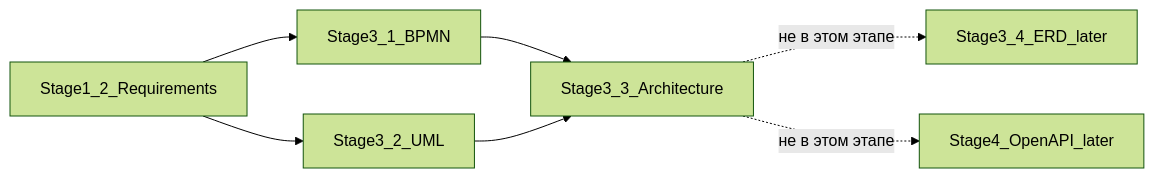
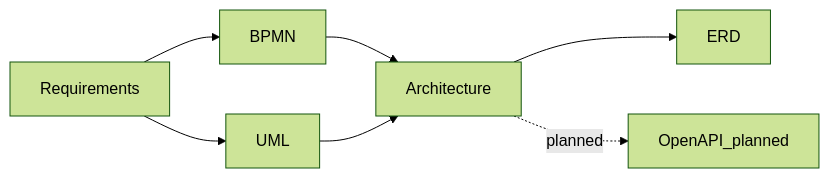
Before and after one commit to egoryasuk96/pet-project-hr-tech-: the diagram in docs/03-diagrams/architecture/architecture-traceability.md, drawn with Mermaid (forest theme). The commit also changed other lines of this file and 26 other files, not shown here.

````diff
--- a/docs/03-diagrams/architecture/architecture-traceability.md
+++ b/docs/03-diagrams/architecture/architecture-traceability.md
@@ -106,16 +106,16 @@
 ```mermaid
 flowchart LR
-  Req[Stage1_2_Requirements]
-  Bpmn[Stage3_1_BPMN]
-  Uml[Stage3_2_UML]
-  Arch[Stage3_3_Architecture]
-  Erd[Stage3_4_ERD_later]
-  Api[Stage4_OpenAPI_later]
+  Req[Requirements]
+  Bpmn[BPMN]
+  Uml[UML]
+  Arch[Architecture]
+  Erd[ERD]
+  Api[OpenAPI_planned]
 
   Req --> Bpmn
   Req --> Uml
   Bpmn --> Arch
   Uml --> Arch
-  Arch -.->|не в этом этапе| Erd
-  Arch -.->|не в этом этапе| Api
+  Arch --> Erd
+  Arch -.->|planned| Api
 ```
````
